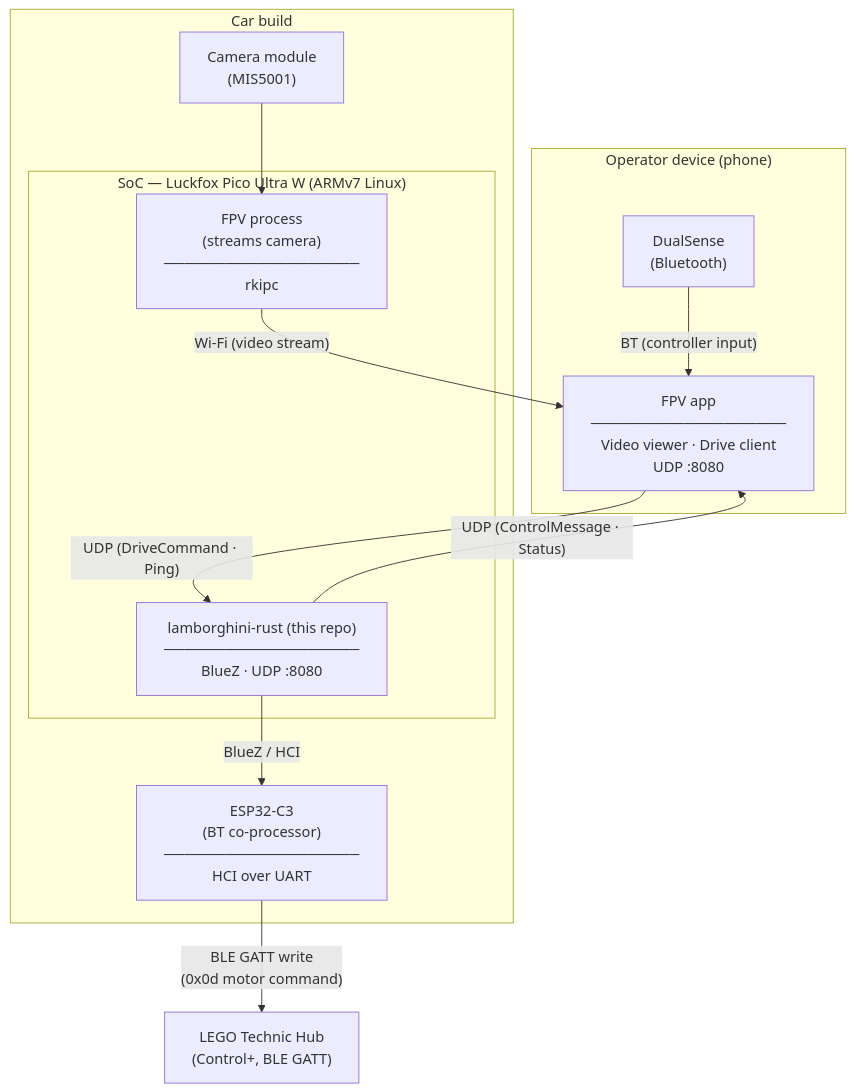
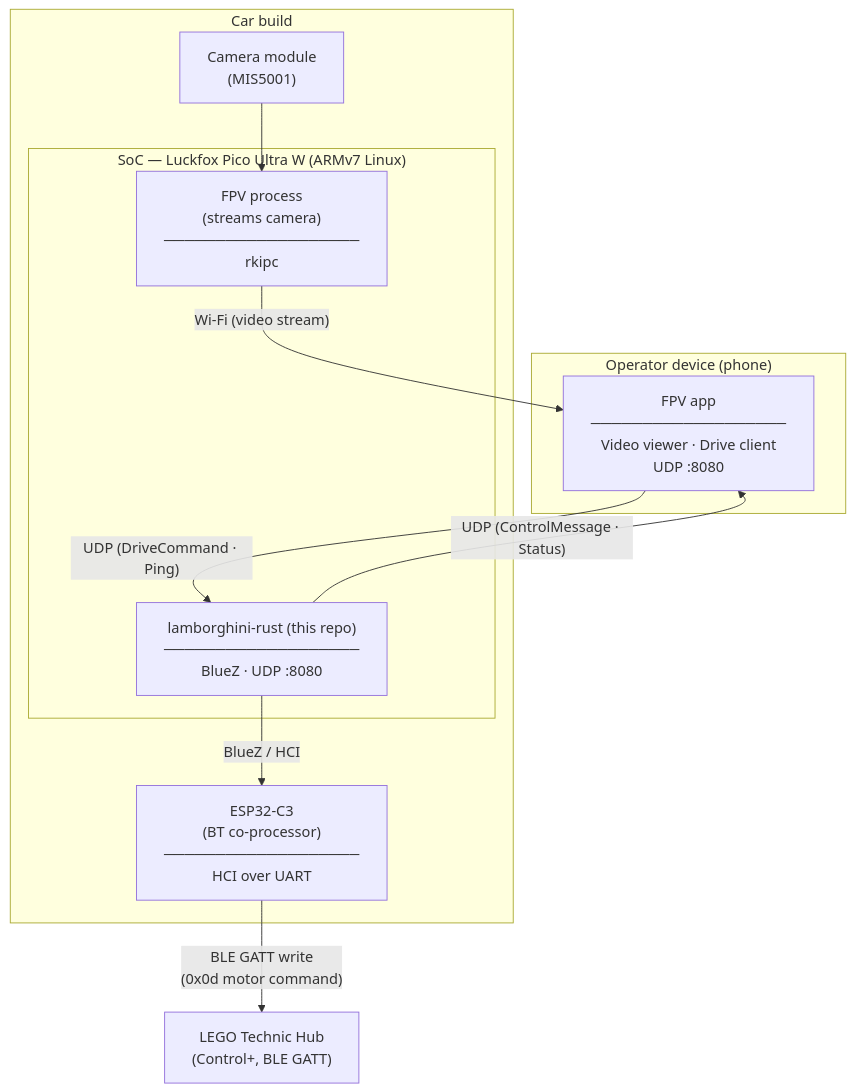
Before and after one commit to a-lupow/lego-lamborghini: the diagram in README.md, drawn with Mermaid. The commit also changed other lines of this file and 3 other files, not shown here.

````diff
--- a/README.md
+++ b/README.md
@@ -16,26 +14,24 @@
 ```mermaid
 graph TB
     subgraph Operator["Operator device (phone)"]
-        CTRL["DualSense\n(Bluetooth)"]
         APP["FPV app\n───────────────────\nVideo viewer · Drive client\nUDP :8080"]
     end
 
     subgraph Car["Car build"]
         subgraph SoC["SoC — Luckfox Pico Ultra W (ARMv7 Linux)"]
             FPV["FPV process\n(streams camera)\n───────────────────\nrkipc"]
             LR["lamborghini-rust (this repo)\n───────────────────\nBlueZ · UDP :8080"]
         end
         CAM["Camera module\n(MIS5001)"]
         ESP["ESP32-C3\n(BT co-processor)\n───────────────────\nHCI over UART"]
     end
 
     LEGO["LEGO Technic Hub\n(Control+, BLE GATT)"]
 
-    CTRL -- "BT (controller input)" --> APP
     APP -- "UDP (DriveCommand · Ping)" --> LR
     LR -- "UDP (ControlMessage · Status)" --> APP
     CAM --> FPV
     FPV -- "Wi-Fi (video stream)" --> APP
     LR -- "BlueZ / HCI" --> ESP
     ESP -- "BLE GATT write\n(0x0d motor command)" --> LEGO
 ```
````
